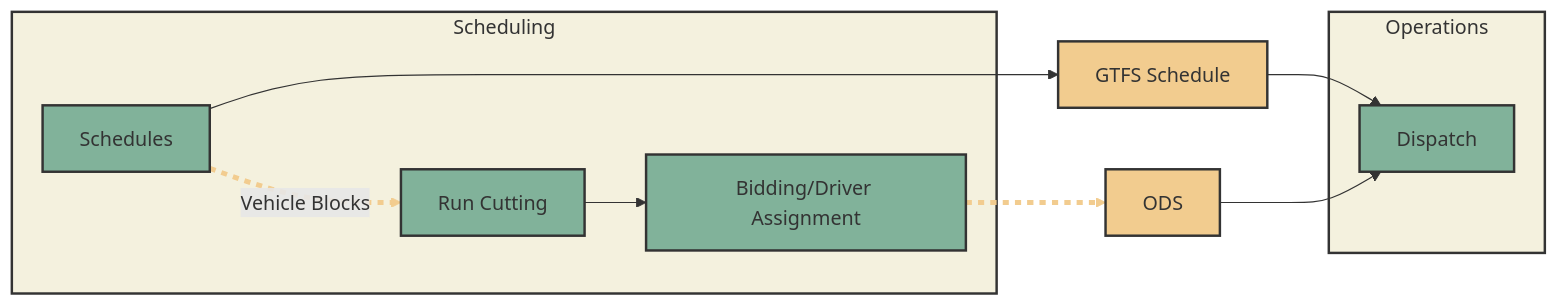
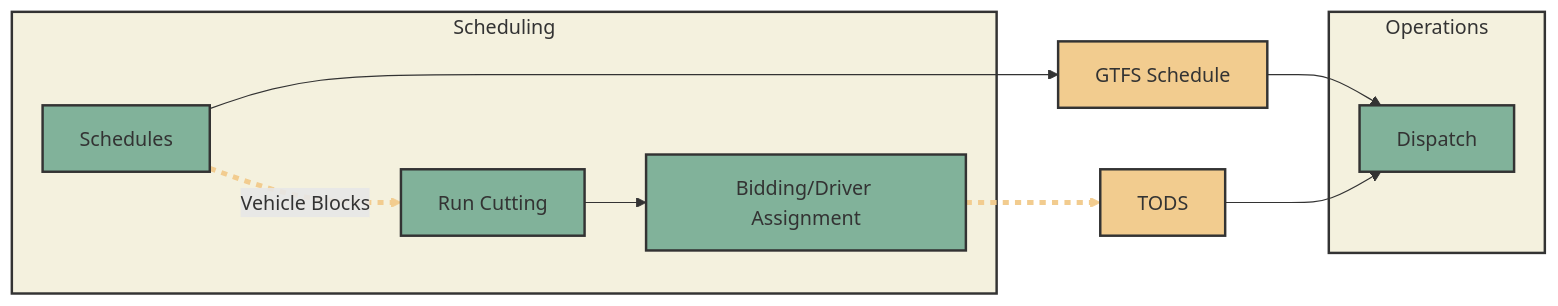
One commit to cal-itp/operational-data-standard changed the diagram in docs/index.md. Above: the diagram before and after it, drawn with Mermaid. The commit also changed other lines of this file, not shown here.

````diff
--- a/docs/index.md
+++ b/docs/index.md
@@ -7,33 +7,33 @@
 ```mermaid
 graph LR
     subgraph Scheduling
         I[Schedules]
         M[Run Cutting]
         N[Bidding/Driver Assignment]
         M --> N
     end
     style Scheduling fill:#f4f1deff, stroke:#333, stroke-width:2px
     style I fill:#81b29aff,stroke:#333,stroke-width:2px
     style M fill:#81b29aff,stroke:#333,stroke-width:2px
     style N fill:#81b29aff,stroke:#333,stroke-width:2px
 
     P[GTFS Schedule]
-    S[ODS]
+    S[TODS]
     style P fill:#f2cc8fff,stroke:#333,stroke-width:2px
     style S fill:#f2cc8fff,stroke:#333,stroke-width:2px
 
     subgraph Operations
         R[Dispatch]
     end
     style Operations fill:#f4f1deff, stroke:#333, stroke-width:2px
     style R fill:#81b29aff,stroke:#333,stroke-width:2px
 
     I --> P
     P --> R
     I -->|Vehicle Blocks| M
     N --> S
     S --> R
     linkStyle 3 stroke:#f2cc8fff,stroke-width:4px,stroke-dasharray: 5, 5
     linkStyle 4 stroke:#f2cc8fff,stroke-width:4px,stroke-dasharray: 5, 5
 
 ```
````
